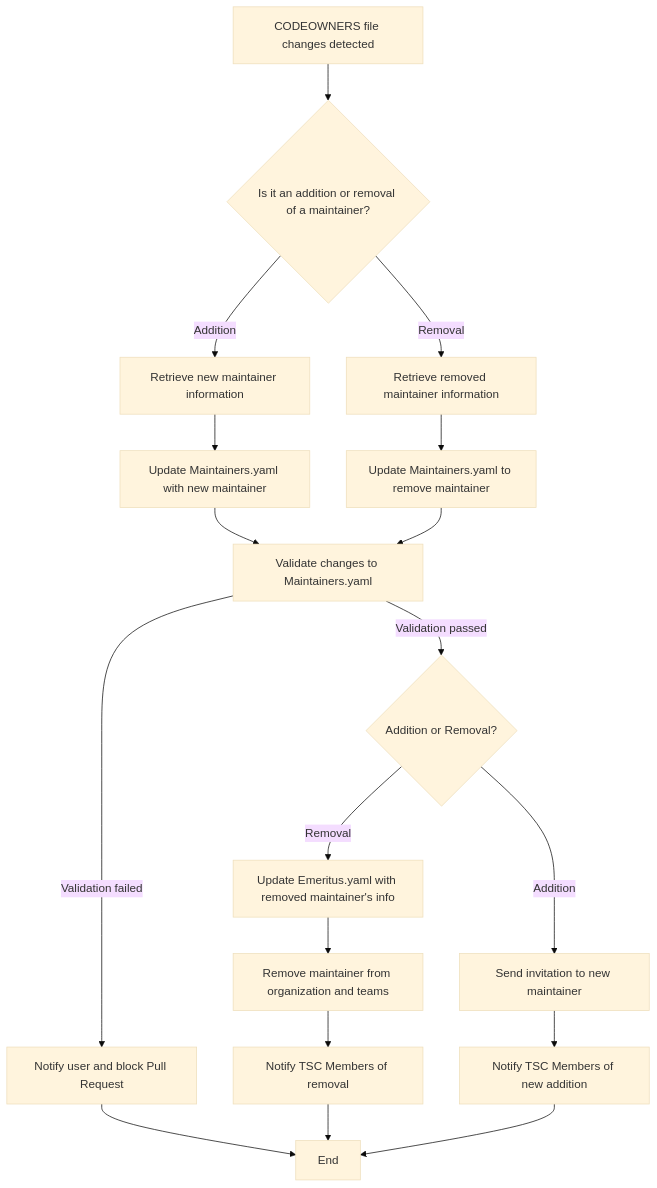
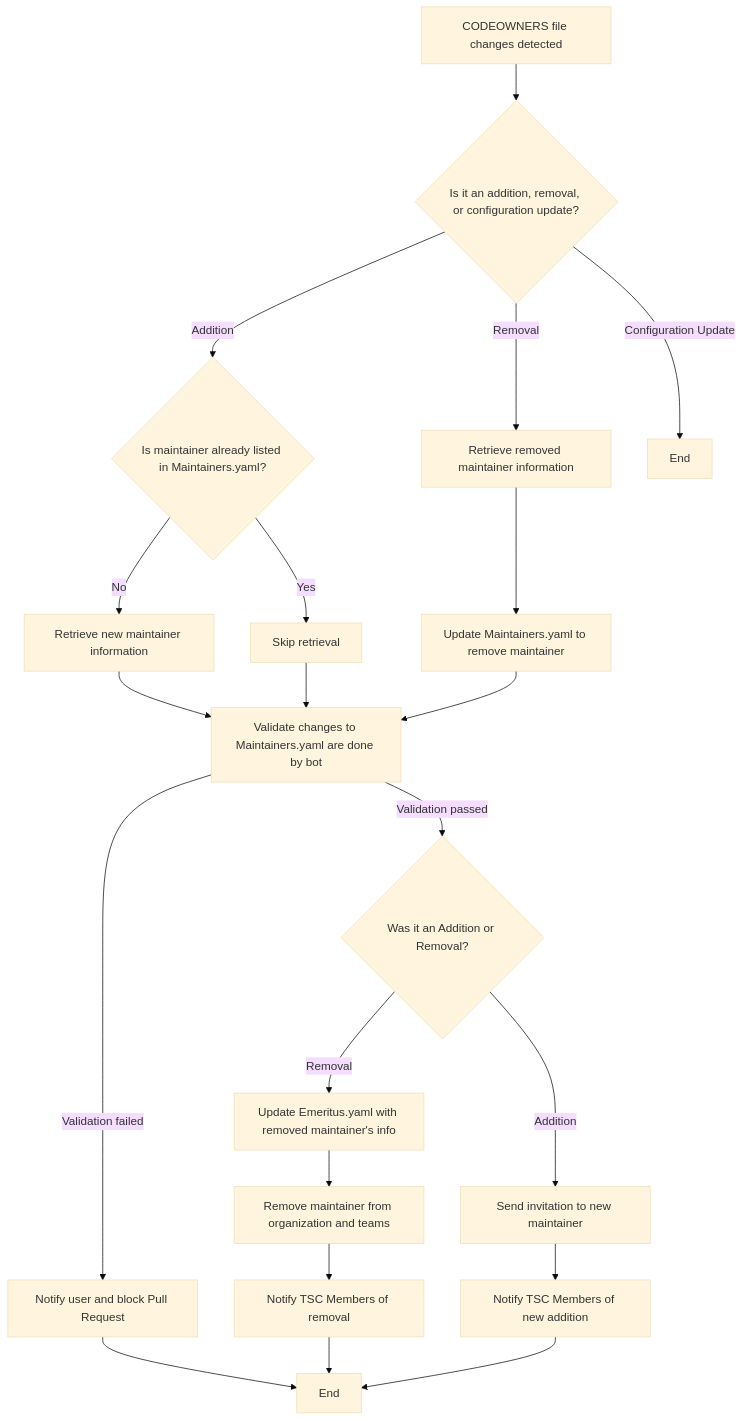
One commit to 14Richa/testRepo changed diagram 11 of 12 in scripts/README.md. Above: the diagram before and after it, drawn with Mermaid (base theme).

Commit message:
update script

````diff
--- a/scripts/README.md
+++ b/scripts/README.md
@@ -203,20 +203,31 @@
 ```mermaid
 graph TD;
-A[CODEOWNERS file changes detected] --> B{Is it an addition or removal of a maintainer?};
-B --> |Addition| C1[Retrieve new maintainer information];
+A[CODEOWNERS file changes detected] --> B{Is it an addition, removal, or configuration update?};
+
+B --> |Addition| C{Is maintainer already listed in Maintainers.yaml?};
 B --> |Removal| D1[Retrieve removed maintainer information];
-C1 --> C2[Update Maintainers.yaml with new maintainer];
-C2 --> E[Validate changes to Maintainers.yaml];
+B --> |Configuration Update| X[End];
+
+C --> |No| C1[Retrieve new maintainer information];
+C --> |Yes| C2[Skip retrieval];
+
+C1 --> E[Validate changes to Maintainers.yaml are done by bot];
+C2 --> E;
+
 D1 --> D2[Update Maintainers.yaml to remove maintainer];
 D2 --> E;
+
 E --> |Validation failed| F[Notify user and block Pull Request];
-E --> |Validation passed| G{Addition or Removal?};
+E --> |Validation passed| G{Was it an Addition or Removal?};
+
 G --> |Addition| H[Send invitation to new maintainer];
 H --> I[Notify TSC Members of new addition];
+
 G --> |Removal| J1[Update Emeritus.yaml with removed maintainer's info];
 J1 --> J2[Remove maintainer from organization and teams];
 J2 --> J3[Notify TSC Members of removal];
+
 F --> K[End];
 J3 --> K;
 I --> K;
 ```
````
